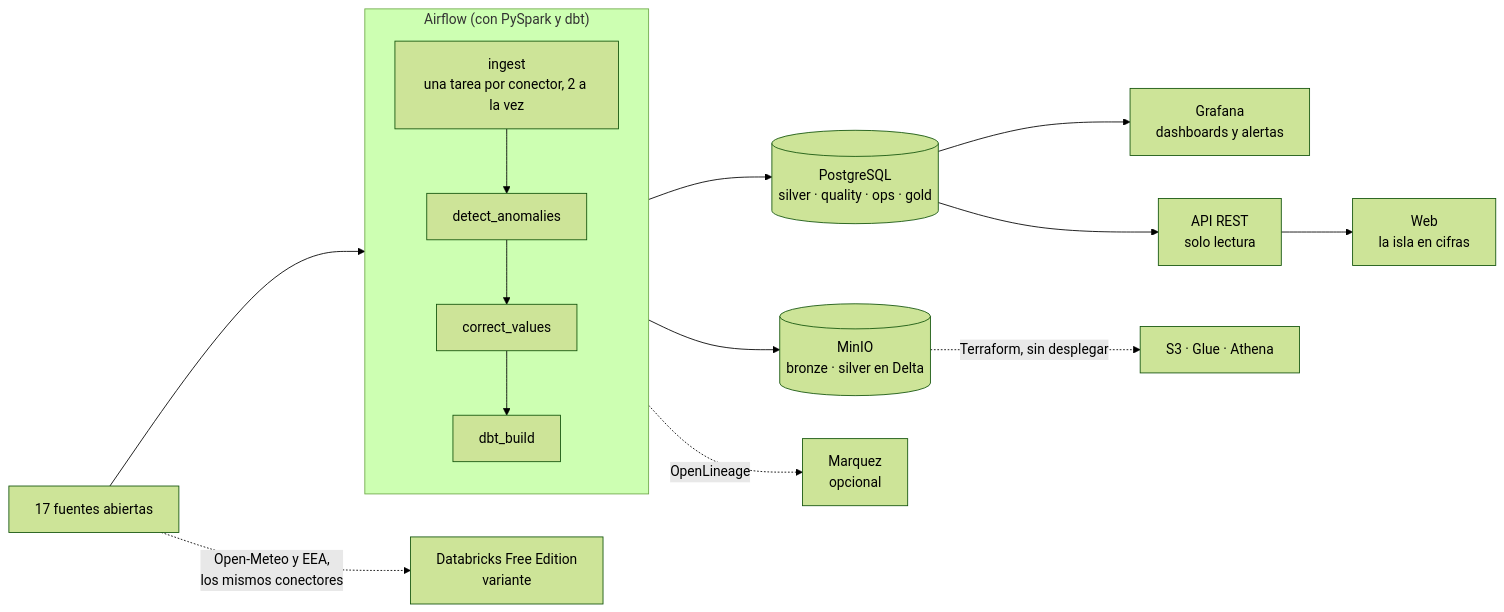
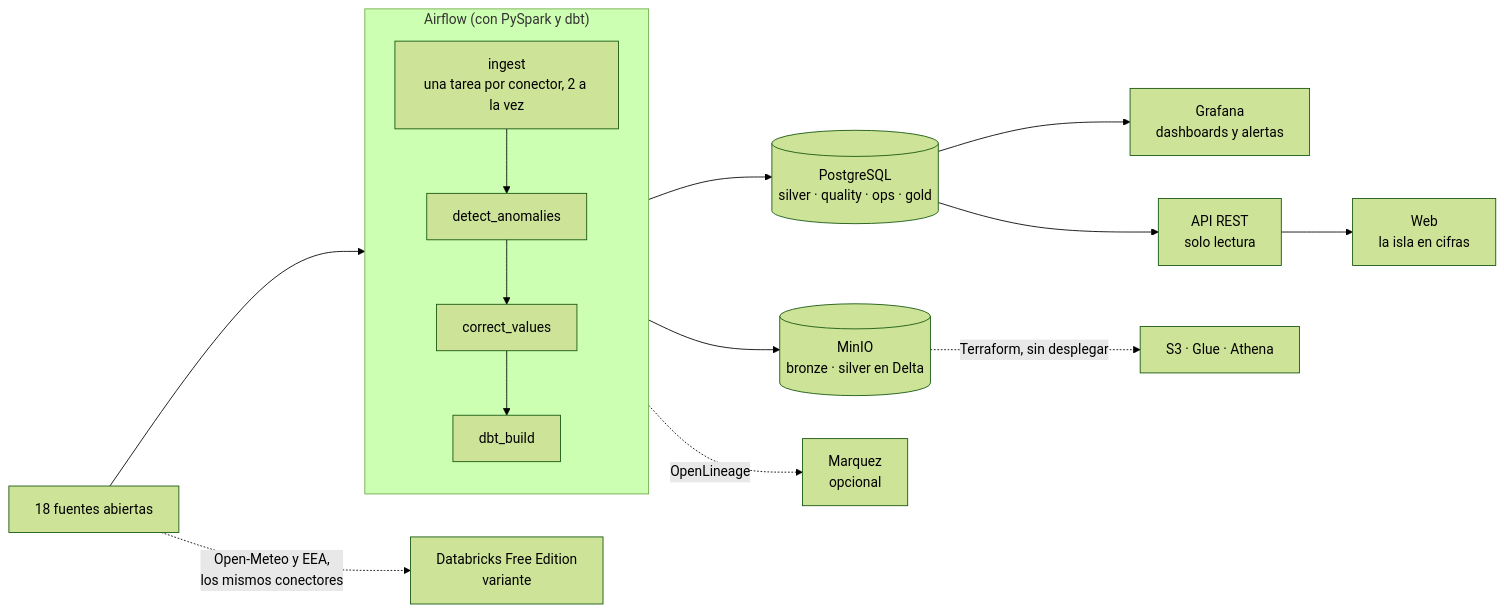
One commit to AlexandreColl/MallorcaDataPlatform changed the first of 2 diagrams in docs/architecture.md. Above: the diagram before and after it, drawn with Mermaid (forest theme). The commit also changed 53 other files, not shown here.

````diff
--- a/docs/architecture.md
+++ b/docs/architecture.md
@@ -28,15 +28,15 @@
 ```mermaid
 flowchart LR
-    SRC["17 fuentes abiertas"] --> AF
+    SRC["18 fuentes abiertas"] --> AF
     subgraph AF["Airflow (con PySpark y dbt)"]
         direction TB
         ING["ingest<br/>una tarea por conector, 2 a la vez"] --> DET[detect_anomalies] --> COR[correct_values] --> DBT[dbt_build]
     end
     AF --> MINIO[("MinIO<br/>bronze · silver en Delta")]
     AF --> PG[("PostgreSQL<br/>silver · quality · ops · gold")]
     PG --> GF["Grafana<br/>dashboards y alertas"]
     PG --> API["API REST<br/>solo lectura"] --> WEB["Web<br/>la isla en cifras"]
     AF -.->|OpenLineage| MQ["Marquez<br/>opcional"]
     MINIO -.->|"Terraform, sin desplegar"| AWS["S3 · Glue · Athena"]
     SRC -.->|"Open-Meteo y EEA,<br/>los mismos conectores"| DBX["Databricks Free Edition<br/>variante"]
 ```
````
